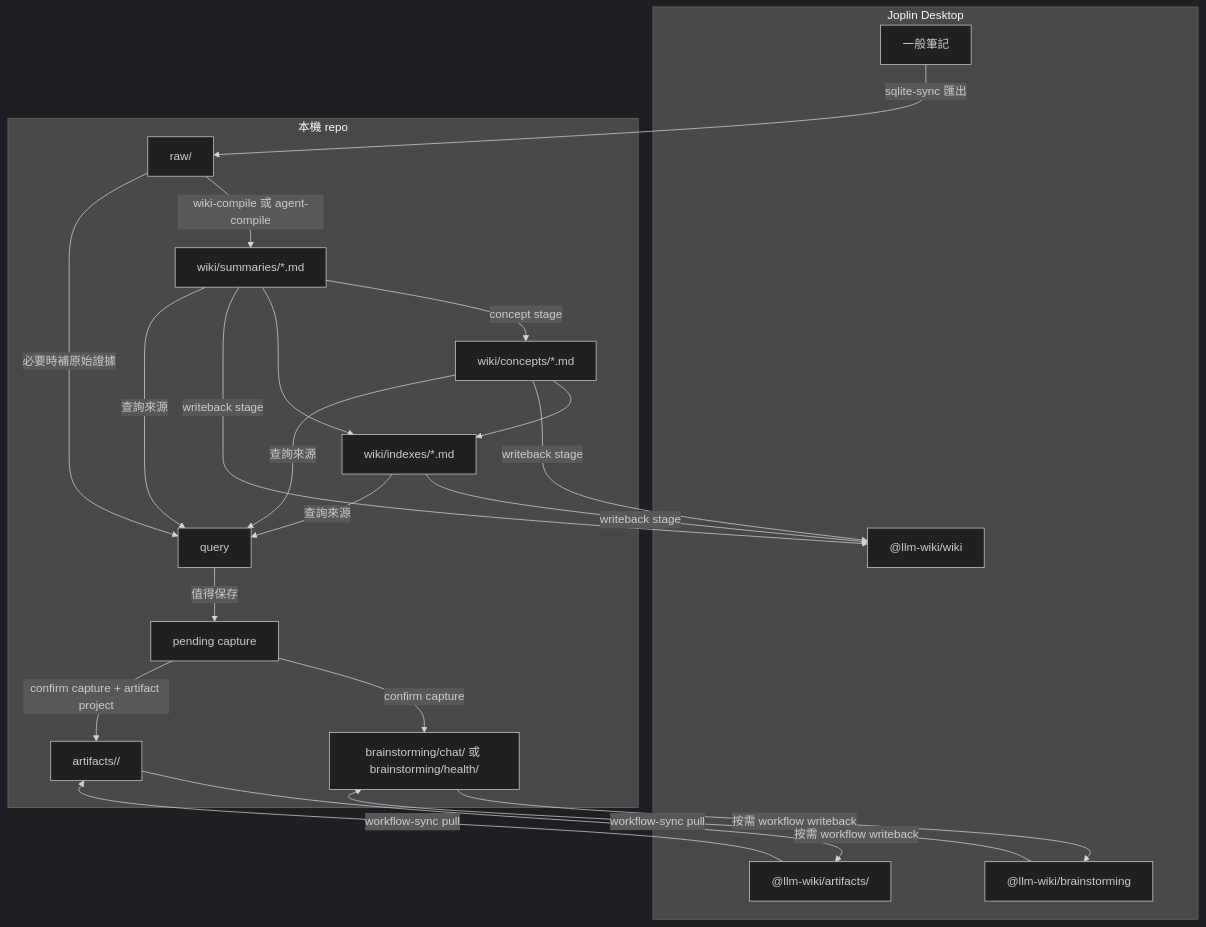
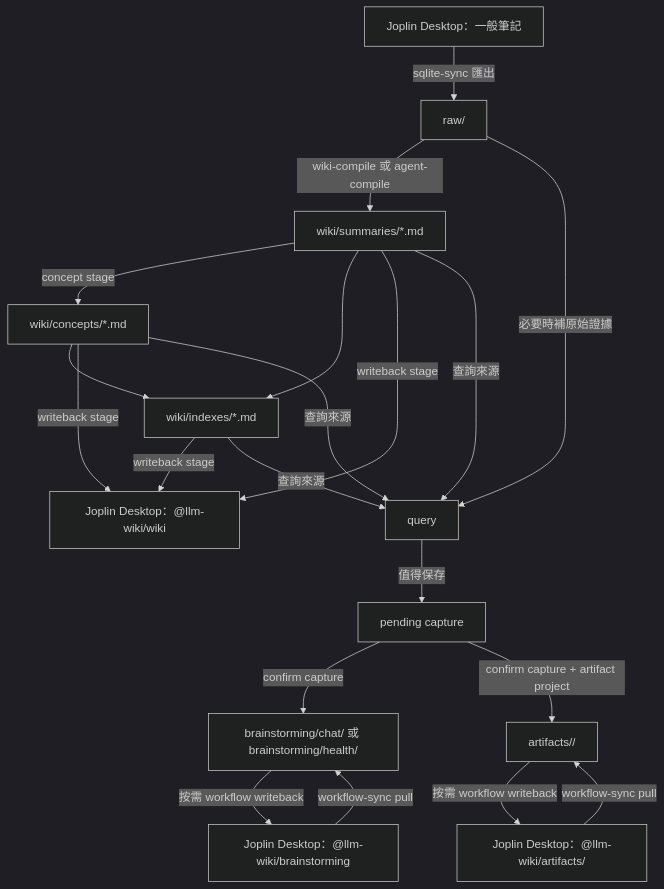
The diagram in README.md (gcake119/joplin-llm-wiki), drawn with Mermaid (dark theme) before and after one commit. The commit also changed 1 other file, not shown here.

Commit message:
調整 README 資料流圖版面
將 Joplin Desktop 設為 Mermaid 圖的資料流起點，並移除本機 repo 外框，讓圖更貼近安裝使用情境。

同步套用中文與英文 README。

````diff
--- a/README.md
+++ b/README.md
@@ -59,41 +59,37 @@
 ```mermaid
 flowchart TD
-  subgraph Joplin["Joplin Desktop"]
-    SourceNotes["一般筆記"]
-    WikiNotebook["@llm-wiki/wiki"]
-    BrainstormNotebook["@llm-wiki/brainstorming"]
-    ArtifactNotebook["@llm-wiki/artifacts/<project>"]
-  end
+  SourceNotes["Joplin Desktop：一般筆記"]
 
-  subgraph Repo["本機 repo"]
-    Raw["raw/"]
-    Summaries["wiki/summaries/*.md"]
-    Concepts["wiki/concepts/*.md"]
-    Indexes["wiki/indexes/*.md"]
-    Query["query"]
-    Pending["pending capture"]
-    Brainstorming["brainstorming/chat/ 或 brainstorming/health/"]
-    Artifacts["artifacts/<project>/"]
-  end
+  Raw["raw/"]
+  Summaries["wiki/summaries/*.md"]
+  Concepts["wiki/concepts/*.md"]
+  Indexes["wiki/indexes/*.md"]
+  Query["query"]
+  Pending["pending capture"]
+  Brainstorming["brainstorming/chat/ 或 brainstorming/health/"]
+  Artifacts["artifacts/<project>/"]
+  WikiNotebook["Joplin Desktop：@llm-wiki/wiki"]
+  BrainstormNotebook["Joplin Desktop：@llm-wiki/brainstorming"]
+  ArtifactNotebook["Joplin Desktop：@llm-wiki/artifacts/<project>"]
 
   SourceNotes -->|sqlite-sync 匯出| Raw
   Raw -->|wiki-compile 或 agent-compile| Summaries
   Summaries -->|concept stage| Concepts
   Summaries --> Indexes
   Concepts --> Indexes
   Summaries -->|writeback stage| WikiNotebook
   Concepts -->|writeback stage| WikiNotebook
   Indexes -->|writeback stage| WikiNotebook
 
   Summaries -->|查詢來源| Query
   Concepts -->|查詢來源| Query
   Indexes -->|查詢來源| Query
   Raw -->|必要時補原始證據| Query
   Query -->|值得保存| Pending
   Pending -->|confirm capture| Brainstorming
   Pending -->|confirm capture + artifact project| Artifacts
   Brainstorming -->|按需 workflow writeback| BrainstormNotebook
   Artifacts -->|按需 workflow writeback| ArtifactNotebook
   BrainstormNotebook -->|workflow-sync pull| Brainstorming
   ArtifactNotebook -->|workflow-sync pull| Artifacts
 ```
````
